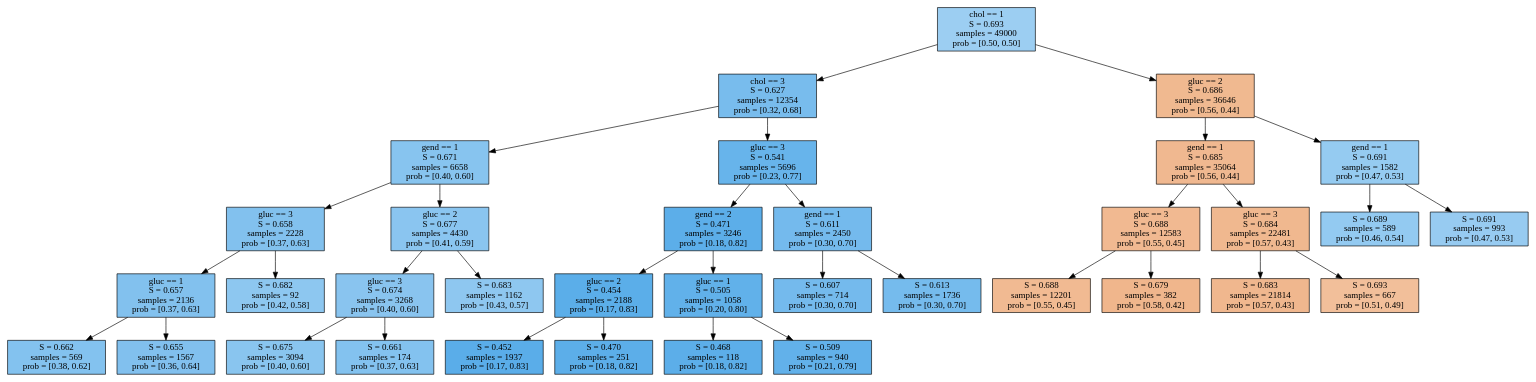
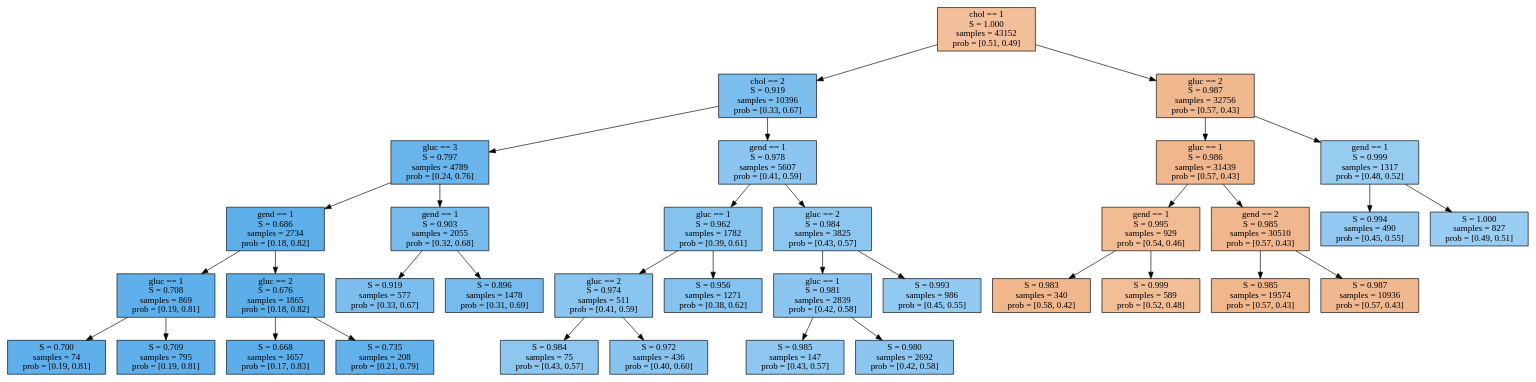
One commit to spam-izra/ml2021p changed the diagram in lecture03/graph.dot. Above: the diagram before and after it, drawn with Graphviz. The commit also changed 8 other files, not shown here.

```diff
--- a/lecture03/graph.dot
+++ b/lecture03/graph.dot
@@ -1,73 +1,73 @@
 digraph Tree {
 	node [shape=box, style="filled", color="black"];
 
-root [label="chol == 1\nS = 0.693\nsamples = 49000\nprob = [0.50, 0.50]", fillcolor="#399DE57F"];
+root [label="chol == 1\nS = 1.000\nsamples = 43152\nprob = [0.51, 0.49]", fillcolor="#E5813982"];
 
-rootf [label="chol == 3\nS = 0.627\nsamples = 12354\nprob = [0.32, 0.68]", fillcolor="#399DE5AD"];
+rootf [label="chol == 2\nS = 0.919\nsamples = 10396\nprob = [0.33, 0.67]", fillcolor="#399DE5A9"];
 root -> rootf;
-rootff [label="gend == 1\nS = 0.671\nsamples = 6658\nprob = [0.40, 0.60]", fillcolor="#399DE59A"];
+rootff [label="gluc == 3\nS = 0.797\nsamples = 4789\nprob = [0.24, 0.76]", fillcolor="#399DE5C1"];
 rootf -> rootff;
-rootfff [label="gluc == 3\nS = 0.658\nsamples = 2228\nprob = [0.37, 0.63]", fillcolor="#399DE5A1"];
+rootfff [label="gend == 1\nS = 0.686\nsamples = 2734\nprob = [0.18, 0.82]", fillcolor="#399DE5D0"];
 rootff -> rootfff;
-rootffff [label="gluc == 1\nS = 0.657\nsamples = 2136\nprob = [0.37, 0.63]", fillcolor="#399DE5A1"];
+rootffff [label="gluc == 1\nS = 0.708\nsamples = 869\nprob = [0.19, 0.81]", fillcolor="#399DE5CD"];
 rootfff -> rootffff;
-rootfffff [label="S = 0.662\nsamples = 569\nprob = [0.38, 0.62]", fillcolor="#399DE59F"];
+rootfffff [label="S = 0.700\nsamples = 74\nprob = [0.19, 0.81]", fillcolor="#399DE5CE"];
 rootffff -> rootfffff;
-rootfffft [label="S = 0.655\nsamples = 1567\nprob = [0.36, 0.64]", fillcolor="#399DE5A2"];
+rootfffft [label="S = 0.709\nsamples = 795\nprob = [0.19, 0.81]", fillcolor="#399DE5CD"];
 rootffff -> rootfffft;
-rootffft [label="S = 0.682\nsamples = 92\nprob = [0.42, 0.58]", fillcolor="#399DE592"];
+rootffft [label="gluc == 2\nS = 0.676\nsamples = 1865\nprob = [0.18, 0.82]", fillcolor="#399DE5D1"];
 rootfff -> rootffft;
-rootfft [label="gluc == 2\nS = 0.677\nsamples = 4430\nprob = [0.41, 0.59]", fillcolor="#399DE596"];
+rootffftf [label="S = 0.668\nsamples = 1657\nprob = [0.17, 0.83]", fillcolor="#399DE5D2"];
+rootffft -> rootffftf;
+rootffftt [label="S = 0.735\nsamples = 208\nprob = [0.21, 0.79]", fillcolor="#399DE5CA"];
+rootffft -> rootffftt;
+rootfft [label="gend == 1\nS = 0.903\nsamples = 2055\nprob = [0.32, 0.68]", fillcolor="#399DE5AD"];
 rootff -> rootfft;
-rootfftf [label="gluc == 3\nS = 0.674\nsamples = 3268\nprob = [0.40, 0.60]", fillcolor="#399DE598"];
+rootfftf [label="S = 0.919\nsamples = 577\nprob = [0.33, 0.67]", fillcolor="#399DE5A9"];
 rootfft -> rootfftf;
-rootfftff [label="S = 0.675\nsamples = 3094\nprob = [0.40, 0.60]", fillcolor="#399DE597"];
-rootfftf -> rootfftff;
-rootfftft [label="S = 0.661\nsamples = 174\nprob = [0.37, 0.63]", fillcolor="#399DE59F"];
-rootfftf -> rootfftft;
-rootfftt [label="S = 0.683\nsamples = 1162\nprob = [0.43, 0.57]", fillcolor="#399DE591"];
+rootfftt [label="S = 0.896\nsamples = 1478\nprob = [0.31, 0.69]", fillcolor="#399DE5AF"];
 rootfft -> rootfftt;
-rootft [label="gluc == 3\nS = 0.541\nsamples = 5696\nprob = [0.23, 0.77]", fillcolor="#399DE5C3"];
+rootft [label="gend == 1\nS = 0.978\nsamples = 5607\nprob = [0.41, 0.59]", fillcolor="#399DE595"];
 rootf -> rootft;
-rootftf [label="gend == 2\nS = 0.471\nsamples = 3246\nprob = [0.18, 0.82]", fillcolor="#399DE5D1"];
+rootftf [label="gluc == 1\nS = 0.962\nsamples = 1782\nprob = [0.39, 0.61]", fillcolor="#399DE59C"];
 rootft -> rootftf;
-rootftff [label="gluc == 2\nS = 0.454\nsamples = 2188\nprob = [0.17, 0.83]", fillcolor="#399DE5D3"];
+rootftff [label="gluc == 2\nS = 0.974\nsamples = 511\nprob = [0.41, 0.59]", fillcolor="#399DE597"];
 rootftf -> rootftff;
-rootftfff [label="S = 0.452\nsamples = 1937\nprob = [0.17, 0.83]", fillcolor="#399DE5D4"];
+rootftfff [label="S = 0.984\nsamples = 75\nprob = [0.43, 0.57]", fillcolor="#399DE592"];
 rootftff -> rootftfff;
-rootftfft [label="S = 0.470\nsamples = 251\nprob = [0.18, 0.82]", fillcolor="#399DE5D1"];
+rootftfft [label="S = 0.972\nsamples = 436\nprob = [0.40, 0.60]", fillcolor="#399DE598"];
 rootftff -> rootftfft;
-rootftft [label="gluc == 1\nS = 0.505\nsamples = 1058\nprob = [0.20, 0.80]", fillcolor="#399DE5CB"];
+rootftft [label="S = 0.956\nsamples = 1271\nprob = [0.38, 0.62]", fillcolor="#399DE59E"];
 rootftf -> rootftft;
-rootftftf [label="S = 0.468\nsamples = 118\nprob = [0.18, 0.82]", fillcolor="#399DE5D1"];
-rootftft -> rootftftf;
-rootftftt [label="S = 0.509\nsamples = 940\nprob = [0.21, 0.79]", fillcolor="#399DE5CA"];
-rootftft -> rootftftt;
-rootftt [label="gend == 1\nS = 0.611\nsamples = 2450\nprob = [0.30, 0.70]", fillcolor="#399DE5B2"];
+rootftt [label="gluc == 2\nS = 0.984\nsamples = 3825\nprob = [0.43, 0.57]", fillcolor="#399DE592"];
 rootft -> rootftt;
-rootfttf [label="S = 0.607\nsamples = 714\nprob = [0.30, 0.70]", fillcolor="#399DE5B3"];
+rootfttf [label="gluc == 1\nS = 0.981\nsamples = 2839\nprob = [0.42, 0.58]", fillcolor="#399DE594"];
 rootftt -> rootfttf;
-rootfttt [label="S = 0.613\nsamples = 1736\nprob = [0.30, 0.70]", fillcolor="#399DE5B1"];
+rootfttff [label="S = 0.985\nsamples = 147\nprob = [0.43, 0.57]", fillcolor="#399DE591"];
+rootfttf -> rootfttff;
+rootfttft [label="S = 0.980\nsamples = 2692\nprob = [0.42, 0.58]", fillcolor="#399DE594"];
+rootfttf -> rootfttft;
+rootfttt [label="S = 0.993\nsamples = 986\nprob = [0.45, 0.55]", fillcolor="#399DE58C"];
 rootftt -> rootfttt;
-roott [label="gluc == 2\nS = 0.686\nsamples = 36646\nprob = [0.56, 0.44]", fillcolor="#E581398E"];
+roott [label="gluc == 2\nS = 0.987\nsamples = 32756\nprob = [0.57, 0.43]", fillcolor="#E5813990"];
 root -> roott;
-roottf [label="gend == 1\nS = 0.685\nsamples = 35064\nprob = [0.56, 0.44]", fillcolor="#E581398F"];
+roottf [label="gluc == 1\nS = 0.986\nsamples = 31439\nprob = [0.57, 0.43]", fillcolor="#E5813991"];
 roott -> roottf;
-roottff [label="gluc == 3\nS = 0.688\nsamples = 12583\nprob = [0.55, 0.45]", fillcolor="#E581398D"];
+roottff [label="gend == 1\nS = 0.995\nsamples = 929\nprob = [0.54, 0.46]", fillcolor="#E581398A"];
 roottf -> roottff;
-roottfff [label="S = 0.688\nsamples = 12201\nprob = [0.55, 0.45]", fillcolor="#E581398C"];
+roottfff [label="S = 0.983\nsamples = 340\nprob = [0.58, 0.42]", fillcolor="#E5813993"];
 roottff -> roottfff;
-roottfft [label="S = 0.679\nsamples = 382\nprob = [0.58, 0.42]", fillcolor="#E5813994"];
+roottfft [label="S = 0.999\nsamples = 589\nprob = [0.52, 0.48]", fillcolor="#E5813984"];
 roottff -> roottfft;
-roottft [label="gluc == 3\nS = 0.684\nsamples = 22481\nprob = [0.57, 0.43]", fillcolor="#E5813990"];
+roottft [label="gend == 2\nS = 0.985\nsamples = 30510\nprob = [0.57, 0.43]", fillcolor="#E5813991"];
 roottf -> roottft;
-roottftf [label="S = 0.683\nsamples = 21814\nprob = [0.57, 0.43]", fillcolor="#E5813991"];
+roottftf [label="S = 0.985\nsamples = 19574\nprob = [0.57, 0.43]", fillcolor="#E5813992"];
 roottft -> roottftf;
-roottftt [label="S = 0.693\nsamples = 667\nprob = [0.51, 0.49]", fillcolor="#E5813981"];
+roottftt [label="S = 0.987\nsamples = 10936\nprob = [0.57, 0.43]", fillcolor="#E5813990"];
 roottft -> roottftt;
-roottt [label="gend == 1\nS = 0.691\nsamples = 1582\nprob = [0.47, 0.53]", fillcolor="#399DE588"];
+roottt [label="gend == 1\nS = 0.999\nsamples = 1317\nprob = [0.48, 0.52]", fillcolor="#399DE585"];
 roott -> roottt;
-rootttf [label="S = 0.689\nsamples = 589\nprob = [0.46, 0.54]", fillcolor="#399DE58A"];
+rootttf [label="S = 0.994\nsamples = 490\nprob = [0.45, 0.55]", fillcolor="#399DE58B"];
 roottt -> rootttf;
-rootttt [label="S = 0.691\nsamples = 993\nprob = [0.47, 0.53]", fillcolor="#399DE586"];
+rootttt [label="S = 1.000\nsamples = 827\nprob = [0.49, 0.51]", fillcolor="#399DE581"];
 roottt -> rootttt;}
```
